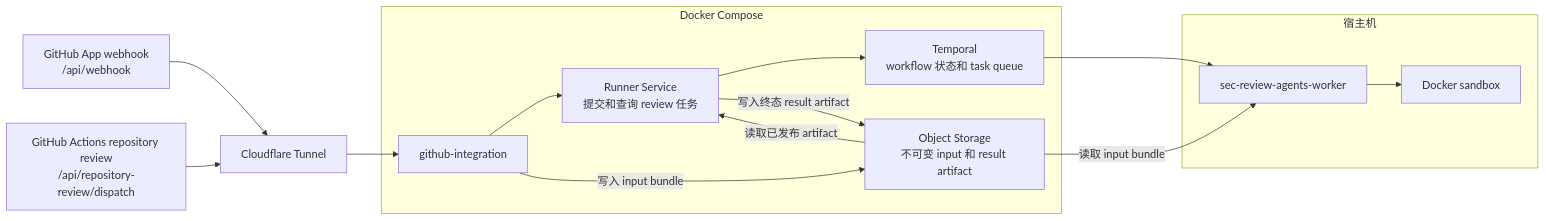
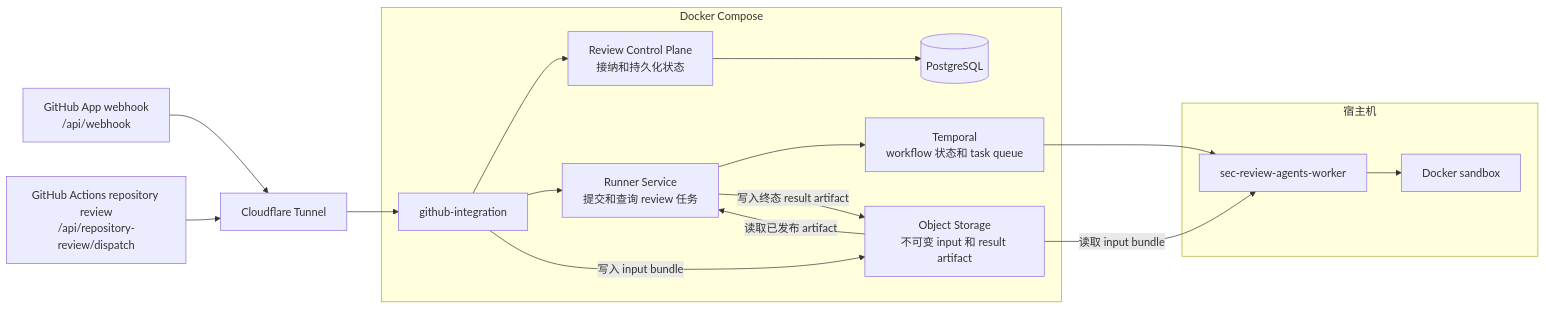
One commit to Agent-AI-Chalmers/sec-review-bot changed the diagram in docs/operations/LOCAL_INTEGRATED_DEPLOYMENT.zh.md. Above: the diagram before and after it, drawn with Mermaid. The commit also changed other lines of this file and 55 other files, not shown here.

Commit message:
feat(control-plane): establish independent review coordination service

````diff
--- a/docs/operations/LOCAL_INTEGRATED_DEPLOYMENT.zh.md
+++ b/docs/operations/LOCAL_INTEGRATED_DEPLOYMENT.zh.md
@@ -13,21 +13,23 @@
 ```mermaid
 flowchart LR
     webhook["GitHub App webhook<br/>/api/webhook"] --> tunnel["Cloudflare Tunnel"]
     dispatch["GitHub Actions repository review<br/>/api/repository-review/dispatch"] --> tunnel
 
     subgraph compose["Docker Compose"]
-        integration["github-integration"] --> runner["Runner Service<br/>提交和查询 review 任务"]
+        integration["github-integration"] --> control["Review Control Plane<br/>接纳和持久化状态"]
+        integration --> runner["Runner Service<br/>提交和查询 review 任务"]
+        control --> postgres[(PostgreSQL)]
         runner --> temporal["Temporal<br/>workflow 状态和 task queue"]
         integration -->|写入 input bundle| storage["Object Storage<br/>不可变 input 和 result artifact"]
         runner -->|写入终态 result artifact| storage
     end
 
     subgraph host["宿主机"]
         worker["sec-review-agents-worker"] --> sandbox["Docker sandbox"]
     end
 
     tunnel --> integration
     temporal --> worker
     storage -->|读取 input bundle| worker
     storage -->|读取已发布 artifact| runner
 ```
````
